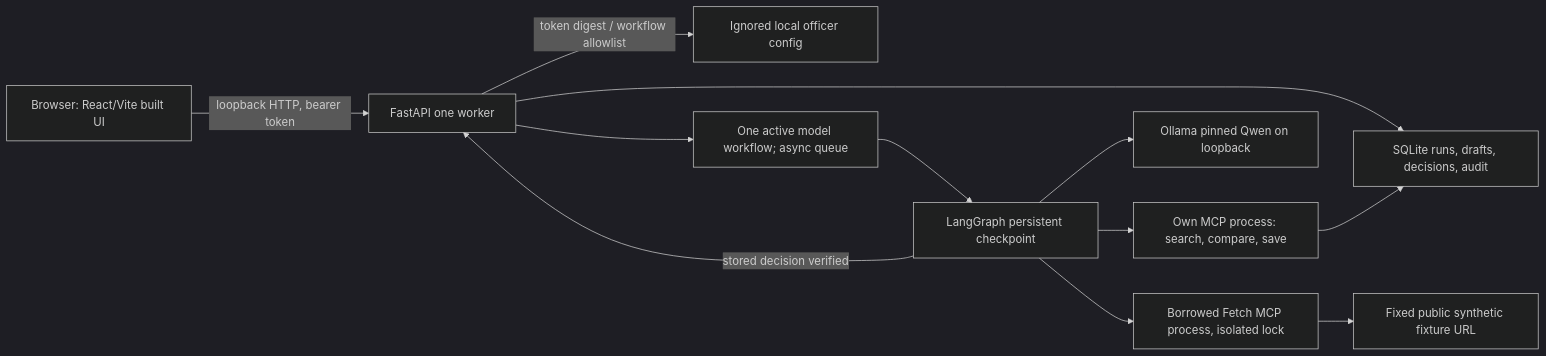
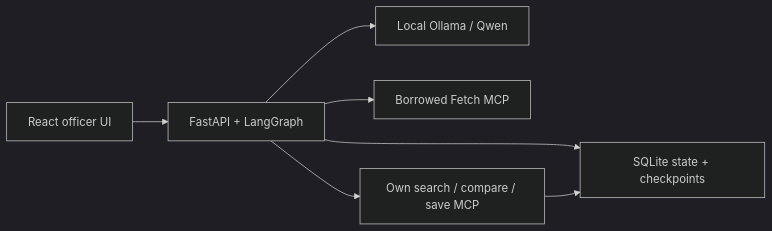
Before and after one commit to Fredrick-owino/market-price-intelligence-agent: the diagram in ARCHITECTURE.md, drawn with Mermaid (dark theme). The commit also changed other lines of this file and 57 other files, not shown here.

````diff
--- a/ARCHITECTURE.md
+++ b/ARCHITECTURE.md
@@ -3,14 +3,9 @@
 ```mermaid
 flowchart LR
-  B[Browser: React/Vite built UI] -->|loopback HTTP, bearer token| A[FastAPI one worker]
-  A -->|token digest / workflow allowlist| C[Ignored local officer config]
-  A --> R[SQLite runs, drafts, decisions, audit]
-  A --> S[One active model workflow; async queue]
-  S --> G[LangGraph persistent checkpoint]
-  G --> F[Borrowed Fetch MCP process, isolated lock]
-  F --> P[Fixed public synthetic fixture URL]
-  G --> O[Ollama pinned Qwen on loopback]
-  G --> M[Own MCP process: search, compare, save]
-  M --> R
-  G -->|stored decision verified| A
+  UI[React officer UI] --> API[FastAPI + LangGraph]
+  API --> MODEL[Local Ollama / Qwen]
+  API --> FETCH[Borrowed Fetch MCP]
+  API --> OWN[Own search / compare / save MCP]
+  API --> DB[SQLite state + checkpoints]
+  OWN --> DB
 ```
````
